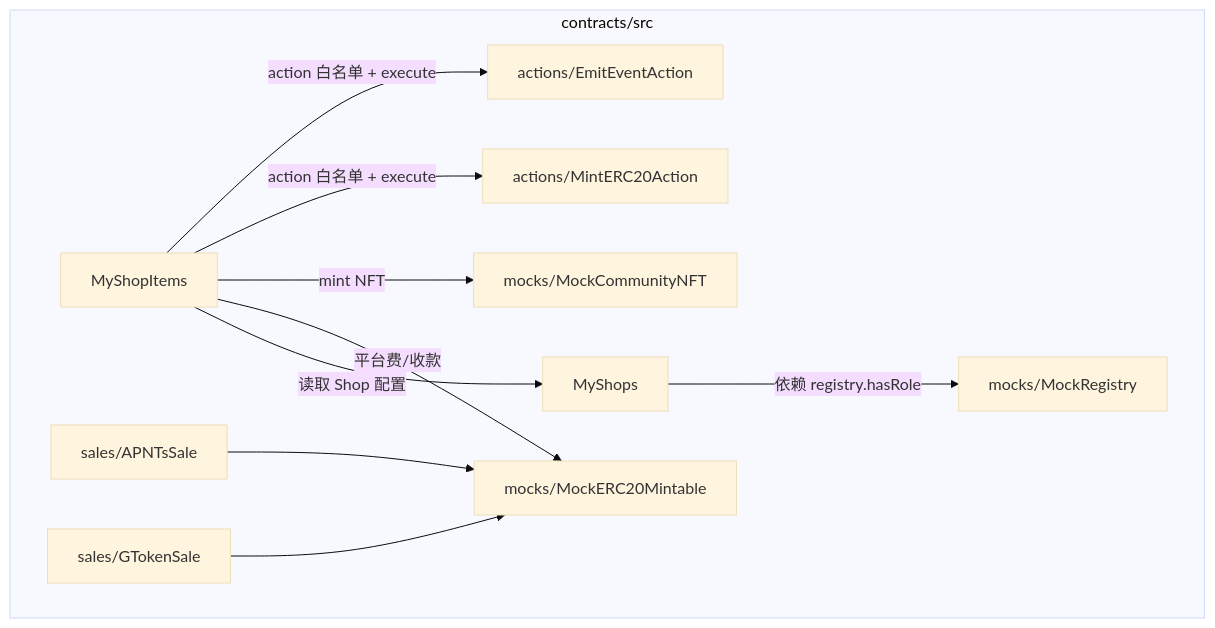
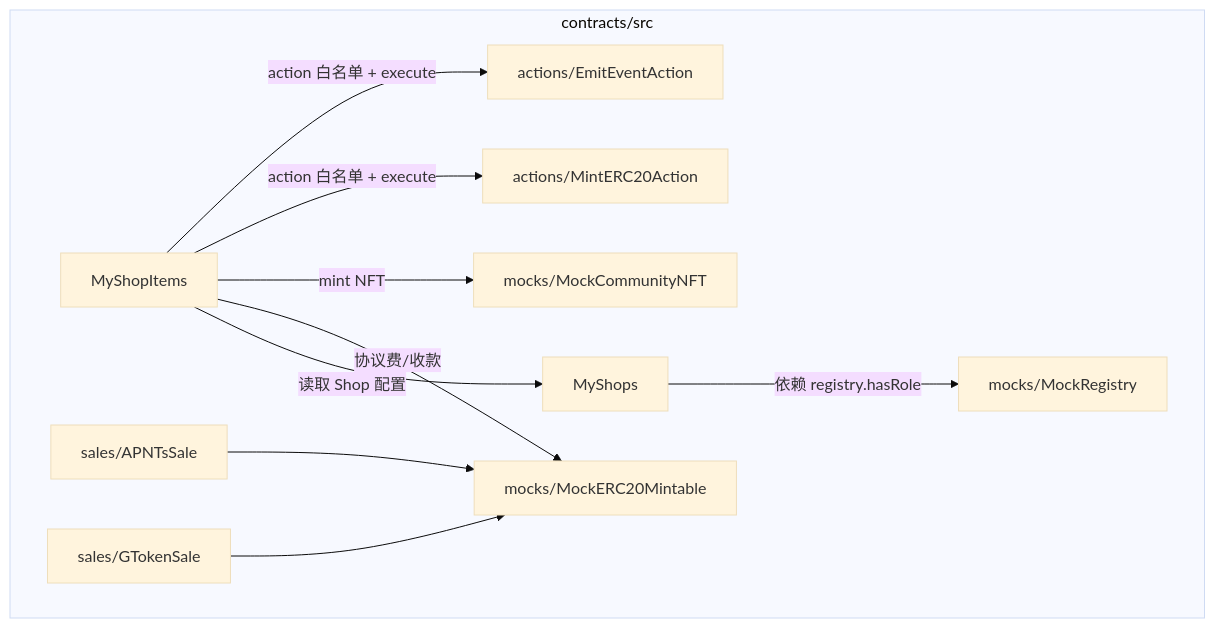
One commit to jhfnetboy/MyShop changed the second of 4 diagrams in README.md. Above: the diagram before and after it, drawn with Mermaid (base theme). The commit also changed other lines of this file and 4 other files, not shown here.

````diff
--- a/README.md
+++ b/README.md
@@ -41,23 +41,23 @@
 ```mermaid
 flowchart TB
   subgraph Contracts["contracts/src"]
     Shops["MyShops"]
     Items["MyShopItems"]
     SaleA["sales/APNTsSale"]
     SaleG["sales/GTokenSale"]
     ActMint["actions/MintERC20Action"]
     ActEvent["actions/EmitEventAction"]
     MRegistry["mocks/MockRegistry"]
     MToken["mocks/MockERC20Mintable"]
     MNFT["mocks/MockCommunityNFT"]
   end
 
   Shops -->|"依赖 registry.hasRole"| MRegistry
   Items -->|"读取 Shop 配置"| Shops
-  Items -->|"平台费/收款"| MToken
+  Items -->|"协议费/收款"| MToken
   Items -->|"mint NFT"| MNFT
   Items -->|"action 白名单 + execute"| ActMint
   Items -->|"action 白名单 + execute"| ActEvent
   SaleA --> MToken
   SaleG --> MToken
 ```
````
